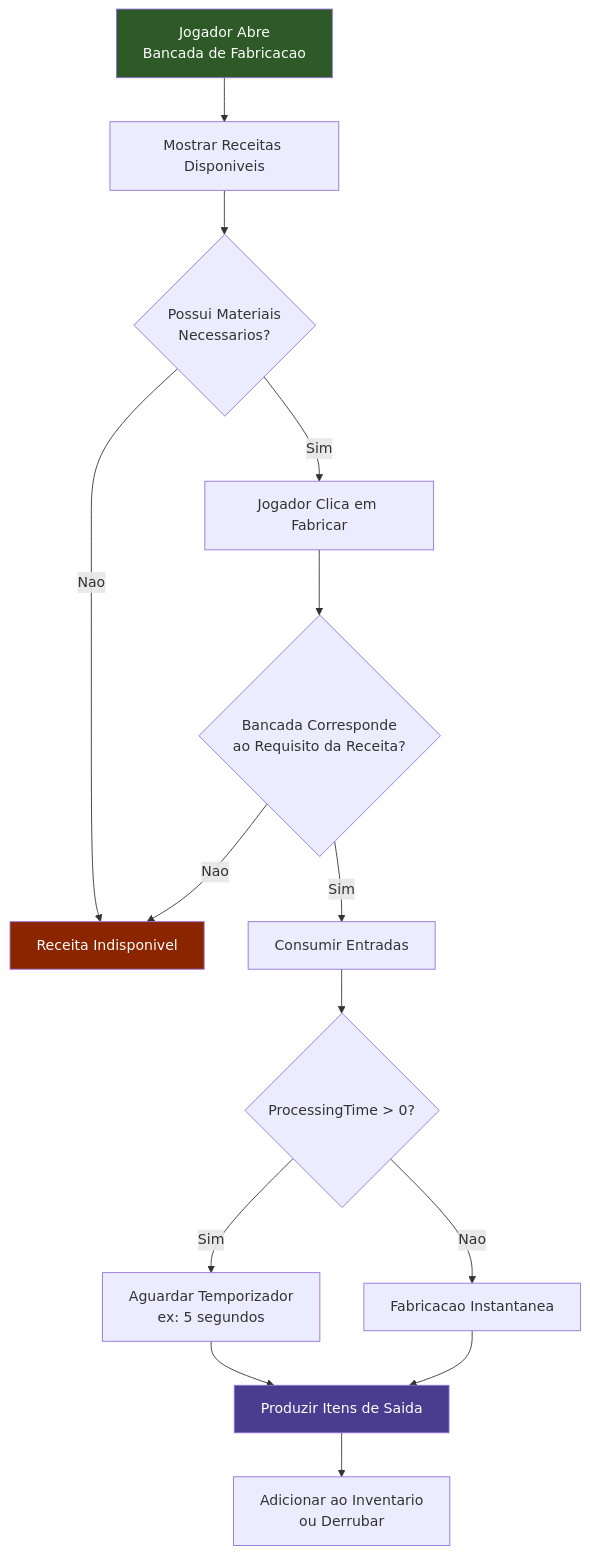
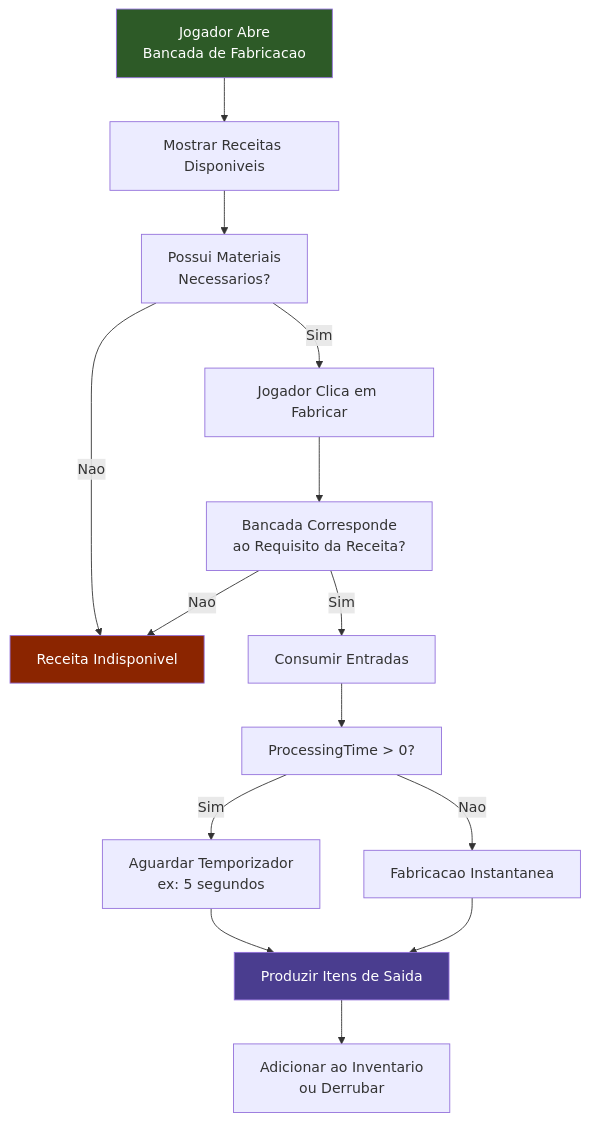
Before and after one commit to nevesb/hytale-modding-docs: the first of 2 diagrams in src/content/docs/pt-br/reference/crafting-system/recipes.md, drawn with Mermaid. The commit also changed other lines of this file and 34 other files, not shown here.

First line of the commit message:
docs: enhance mermaid diagrams for clarity and readability

````diff
--- a/src/content/docs/pt-br/reference/crafting-system/recipes.md
+++ b/src/content/docs/pt-br/reference/crafting-system/recipes.md
@@ -12,24 +12,24 @@
 ```mermaid
 flowchart TD
-    A[Jogador Abre\nBancada de Fabricacao] --> B[Mostrar Receitas Disponiveis]
-    B --> C{Possui Materiais\nNecessarios?}
-    C -->|Nao| D[Receita Indisponivel]
-    C -->|Sim| E[Jogador Clica em Fabricar]
+    A["Jogador Abre<br/>Bancada de Fabricacao"] --> B[Mostrar Receitas Disponiveis]
+    B --> C["Possui Materiais<br/>Necessarios?"]
+    C -->|"Nao"| D[Receita Indisponivel]
+    C -->|"Sim"| E[Jogador Clica em Fabricar]
 
-    E --> F{Bancada Corresponde\nao Requisito da Receita?}
-    F -->|Nao| D
-    F -->|Sim| G[Consumir Entradas]
+    E --> F["Bancada Corresponde<br/>ao Requisito da Receita?"]
+    F -->|"Nao"| D
+    F -->|"Sim"| G[Consumir Entradas]
 
-    G --> H{ProcessingTime > 0?}
-    H -->|Sim| I[Aguardar Temporizador\nex: 5 segundos]
-    H -->|Nao| J[Fabricacao Instantanea]
+    G --> H["ProcessingTime > 0?"]
+    H -->|"Sim"| I["Aguardar Temporizador<br/>ex: 5 segundos"]
+    H -->|"Nao"| J[Fabricacao Instantanea]
 
     I --> K[Produzir Itens de Saida]
     J --> K
 
-    K --> L[Adicionar ao Inventario\nou Derrubar]
+    K --> L["Adicionar ao Inventario<br/>ou Derrubar"]
 
     style A fill:#2d5a27,color:#fff
     style D fill:#8b2500,color:#fff
     style K fill:#4a3d8f,color:#fff
 ```
````
